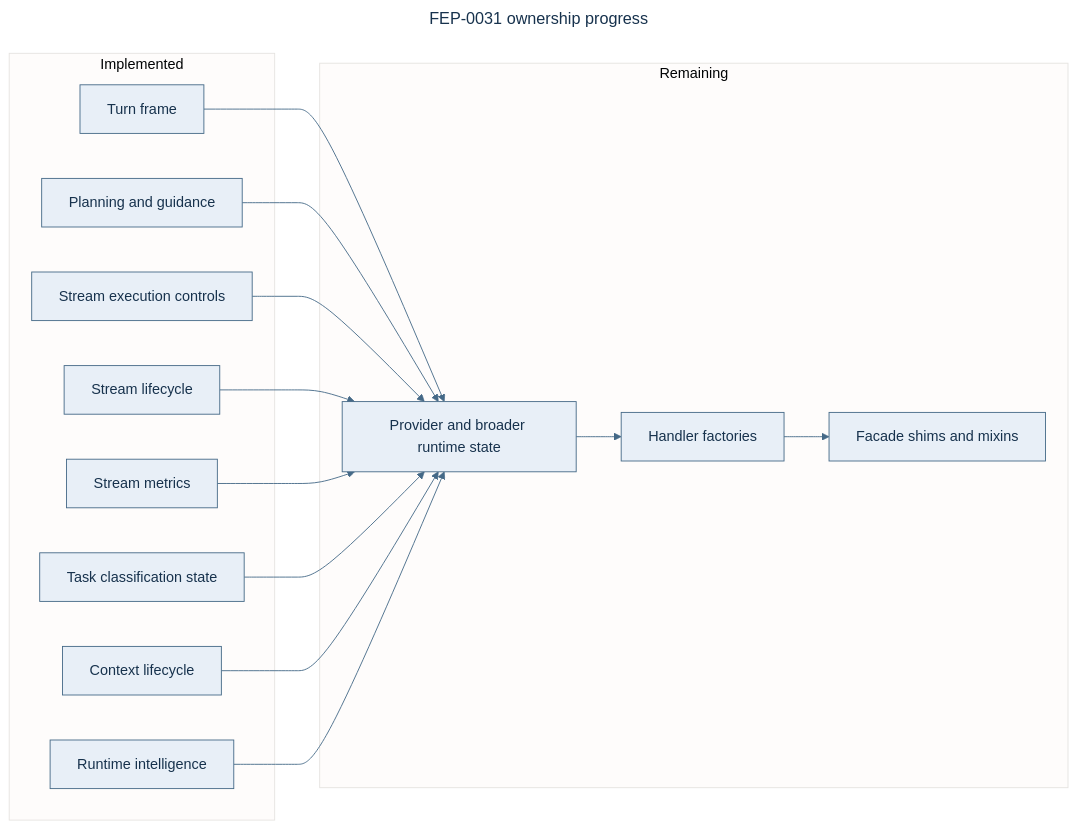
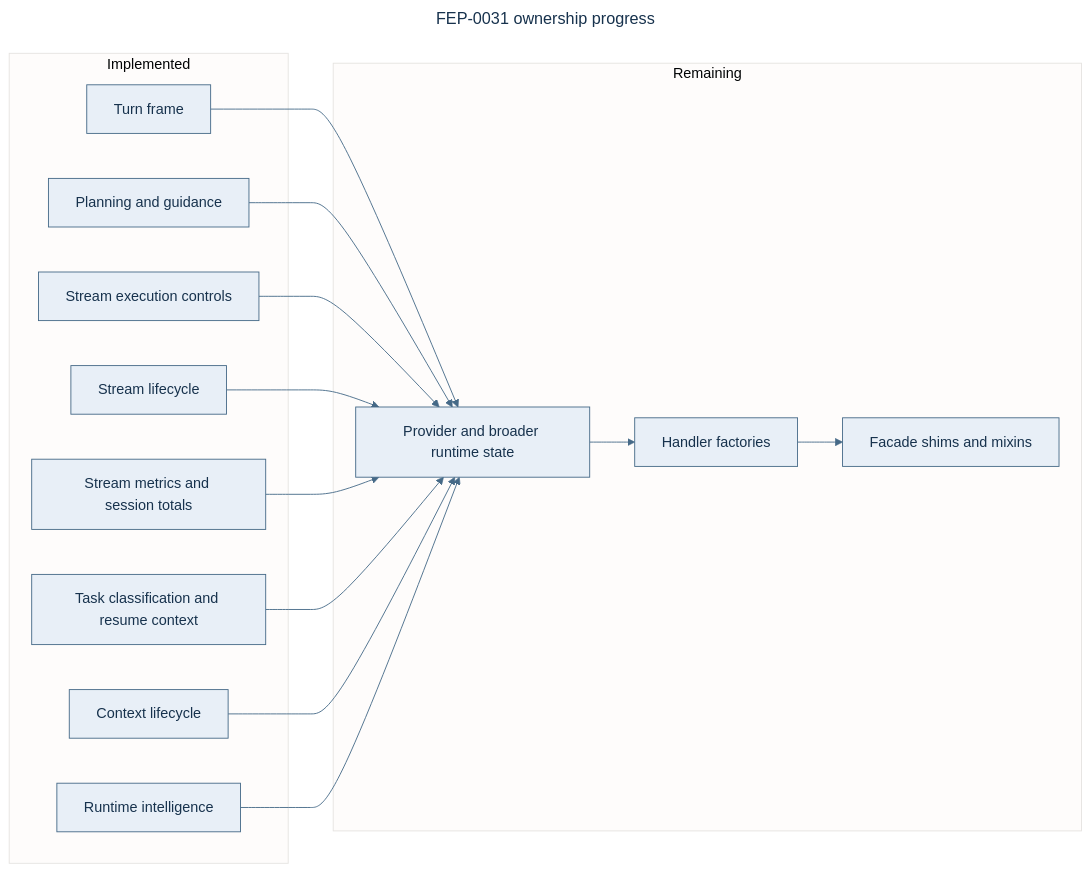
Before and after one commit to anvai-labs/victor: the second of 2 diagrams in docs/architecture/streaming-pipeline.md, drawn with Mermaid. The commit also changed other lines of this file and 10 other files, not shown here.

````diff
--- a/docs/architecture/streaming-pipeline.md
+++ b/docs/architecture/streaming-pipeline.md
@@ -100,31 +101,31 @@
 ```mermaid
 ---
 title: FEP-0031 ownership progress
 ---
 %%{init: {"theme":"base","themeVariables":{"primaryColor":"#E8EFF7","primaryTextColor":"#17324D","primaryBorderColor":"#456987","lineColor":"#456987","fontFamily":"Arial"}}}%%
 flowchart LR
   subgraph DONE["Implemented"]
     T["Turn frame"]
     P["Planning and guidance"]
     E["Stream execution controls"]
     L["Stream lifecycle"]
-    X["Stream metrics"]
-    K["Task classification state"]
+    X["Stream metrics and session totals"]
+    K["Task classification and resume context"]
     C["Context lifecycle"]
     I["Runtime intelligence"]
   end
   subgraph NEXT["Remaining"]
     S["Provider and broader runtime state"]
     F["Handler factories"]
     M["Facade shims and mixins"]
   end
   T --> S
   P --> S
   E --> S
   L --> S
   X --> S
   K --> S
   C --> S
   I --> S
   S --> F --> M
 ```
````
